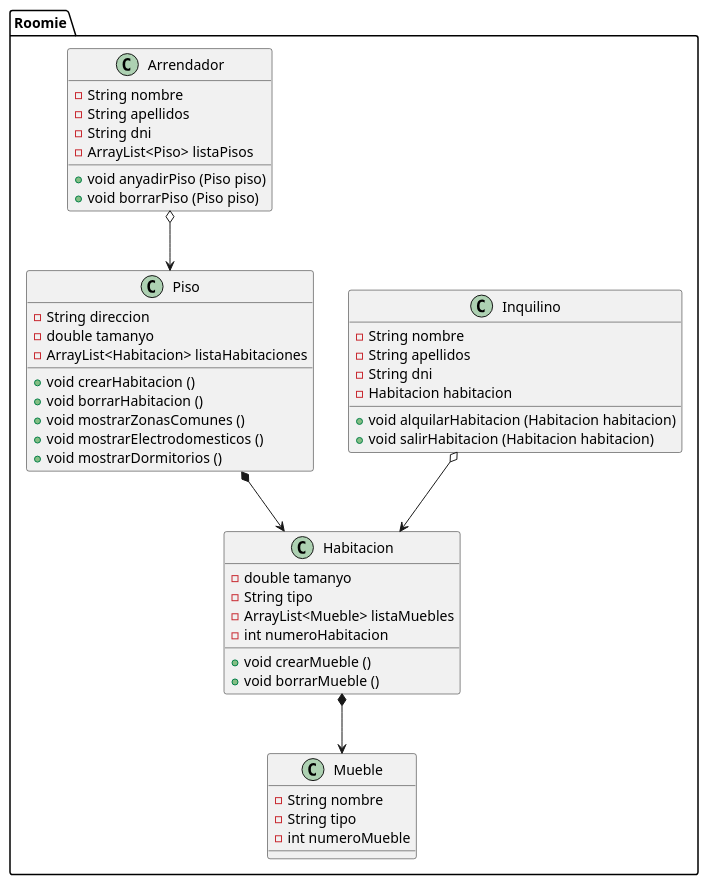
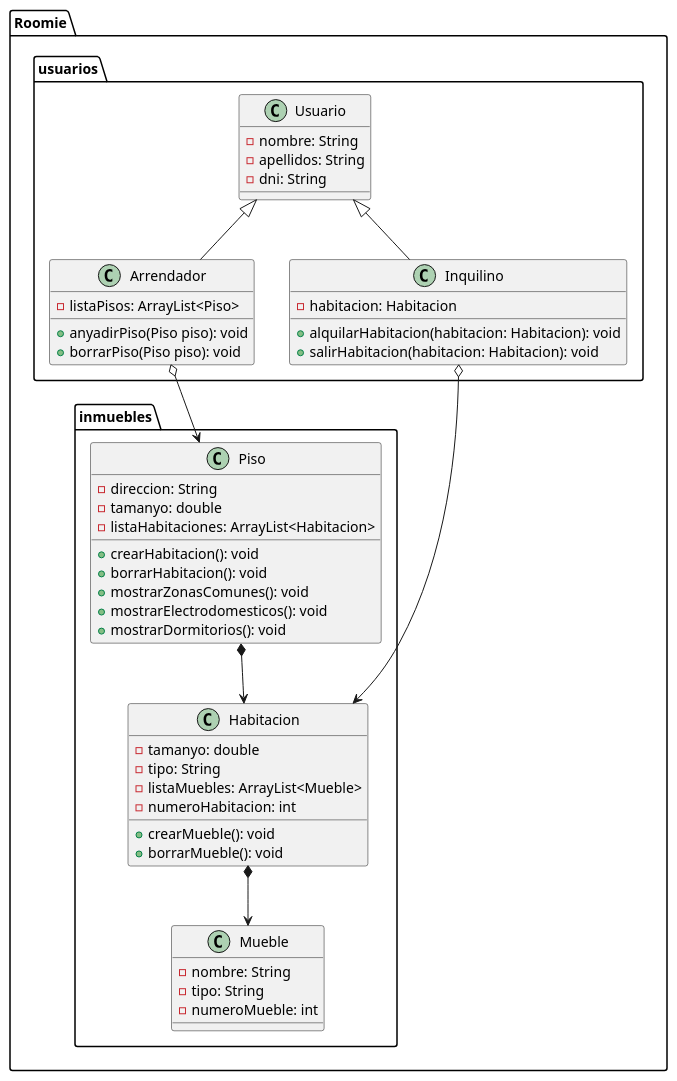
Before and after one commit to Smeagol-chan/Proyecto_Intermodular_1DAM: the diagram in Programacion/src/main/java/org/example/DiagramaDeClases.puml, drawn with PlantUML. The commit also changed 5 other files, not shown here.

Commit message:
Corregido el diagrama de clases y duplicado el documento final con formato Word

```diff
--- a/Programacion/src/main/java/org/example/DiagramaDeClases.puml
+++ b/Programacion/src/main/java/org/example/DiagramaDeClases.puml
@@ -1,57 +1,69 @@
 @startuml
-package "Roomie" {
+package "Roomie"
+{
+    package "usuarios"
+    {
+        Class Usuario
+        {
+            - nombre: String
+            - apellidos: String
+            - dni: String
+        }
 
-    Class Inquilino {
-        - String nombre
-        - String apellidos
-        - String dni
-        - Habitacion habitacion
+        Class Arrendador extends Usuario
+        {
+            - listaPisos: ArrayList<Piso>
 
-        + void alquilarHabitacion (Habitacion habitacion)
-        + void salirHabitacion (Habitacion habitacion)
+            + anyadirPiso(Piso piso): void
+            + borrarPiso(Piso piso): void
+        }
+
+        Class Inquilino extends Usuario
+        {
+            - habitacion: Habitacion
+
+            + alquilarHabitacion(habitacion: Habitacion): void
+            + salirHabitacion(habitacion: Habitacion): void
+        }
     }
 
-    Class Habitacion {
-        - double tamanyo
-        - String tipo
-        - ArrayList<Mueble> listaMuebles
-        - int numeroHabitacion
+    package "inmuebles"
+    {
+        Class Habitacion
+        {
+            - tamanyo: double
+            - tipo: String
+            - listaMuebles: ArrayList<Mueble>
+            - numeroHabitacion: int
 
-        + void crearMueble ()
-        + void borrarMueble ()
-    }
+            + crearMueble(): void
+            + borrarMueble(): void
+        }
 
-    Class Mueble {
-        - String nombre
-        - String tipo
-        - int numeroMueble
-    }
+        Class Mueble
+        {
+            - nombre: String
+            - tipo: String
+            - numeroMueble: int
+        }
 
-    Class Arrendador {
-        - String nombre
-        - String apellidos
-        - String dni
-        - ArrayList<Piso> listaPisos
+        Class Piso
+        {
+            - direccion: String
+            - tamanyo: double
+            - listaHabitaciones: ArrayList<Habitacion>
 
-        + void anyadirPiso (Piso piso)
-        + void borrarPiso (Piso piso)
-    }
-
-    Class Piso {
-        - String direccion
-        - double tamanyo
-        - ArrayList<Habitacion> listaHabitaciones
-
-        + void crearHabitacion ()
-        + void borrarHabitacion ()
-        + void mostrarZonasComunes ()
-        + void mostrarElectrodomesticos ()
-        + void mostrarDormitorios ()
+            + crearHabitacion(): void
+            + borrarHabitacion(): void
+            + mostrarZonasComunes(): void
+            + mostrarElectrodomesticos(): void
+            + mostrarDormitorios(): void
+        }
     }
 
     Inquilino o--> Habitacion
     Habitacion *--> Mueble
     Arrendador o--> Piso
     Piso *--> Habitacion
 }
 @enduml
```
